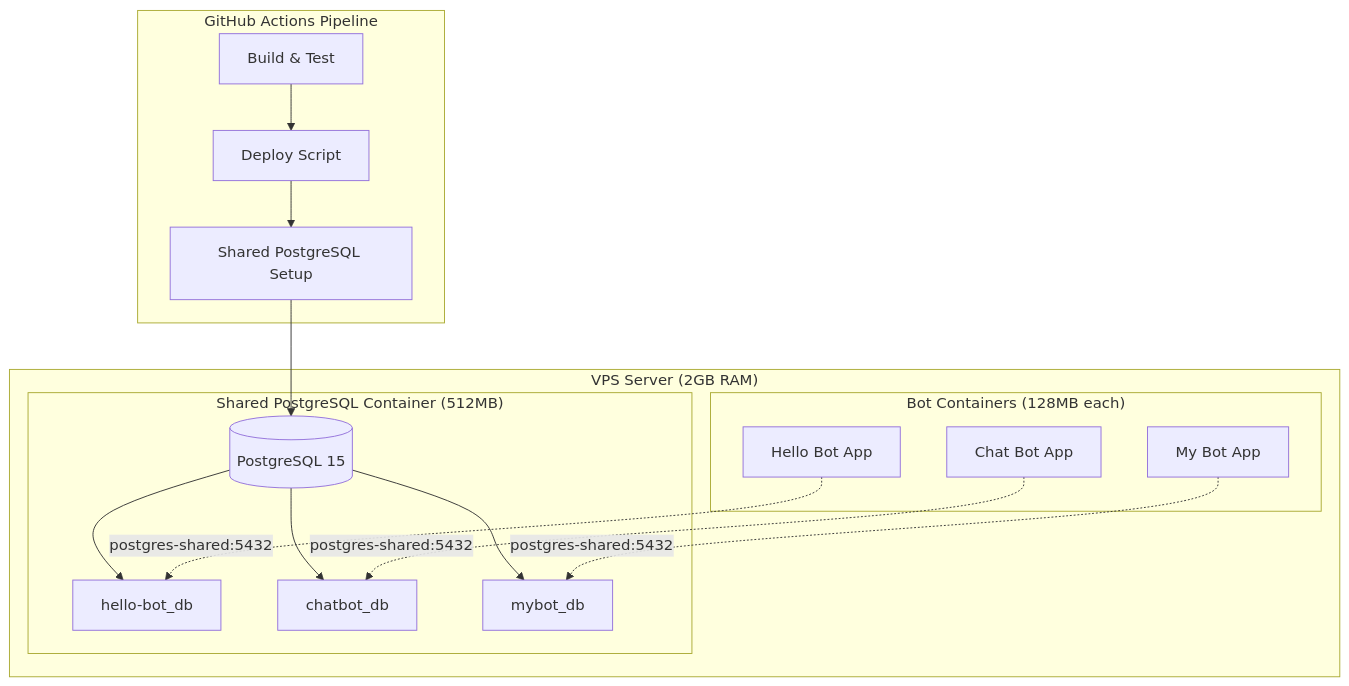
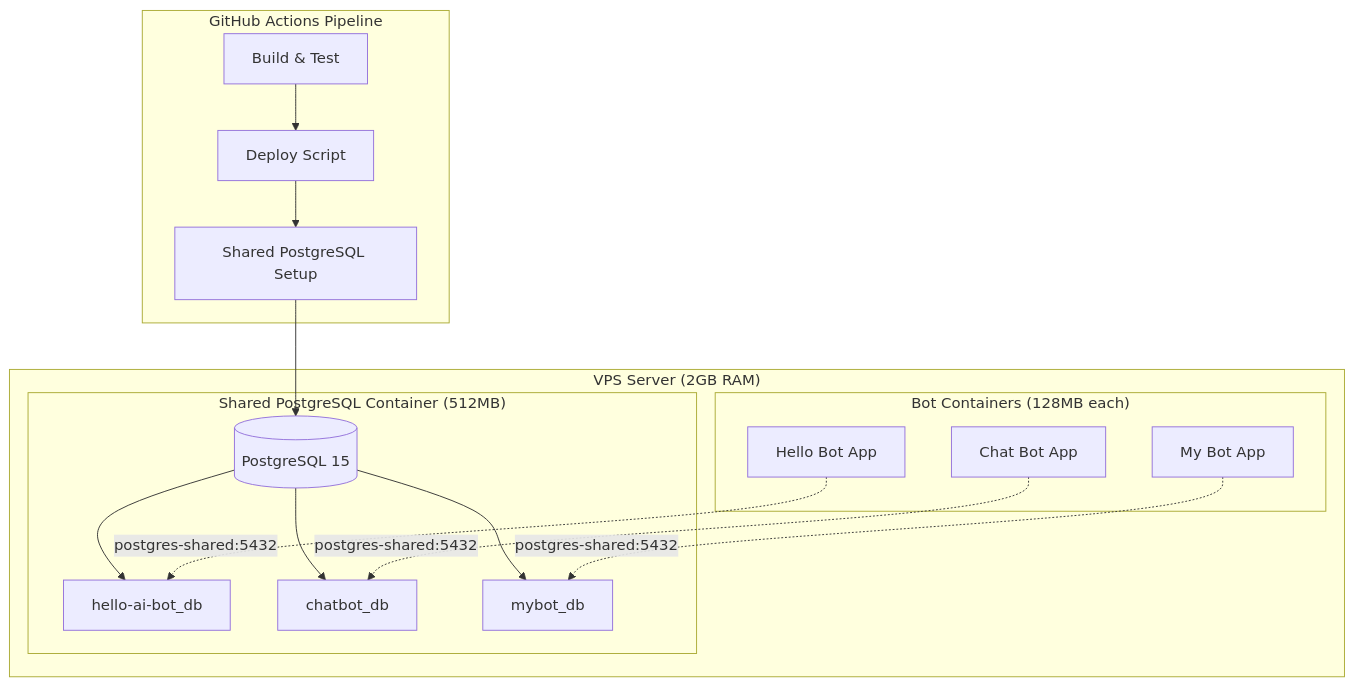
The second of 3 diagrams in docs/ARCHITECTURE.md (ivan-hilckov/hello-ai-bot), drawn with Mermaid before and after one commit. The commit also changed other lines of this file and 13 other files, not shown here.

First line of the commit message:
refactor: rename all hello-bot references to hello-ai-bot

````diff
--- a/docs/ARCHITECTURE.md
+++ b/docs/ARCHITECTURE.md
@@ -61,36 +61,36 @@
 ```mermaid
 graph TB
     subgraph "VPS Server (2GB RAM)"
         subgraph "Shared PostgreSQL Container (512MB)"
             DB[(PostgreSQL 15)]
-            DB1[hello-bot_db]
+            DB1[hello-ai-bot_db]
             DB2[chatbot_db] 
             DB3[mybot_db]
             
             DB --> DB1
             DB --> DB2
             DB --> DB3
         end
         
         subgraph "Bot Containers (128MB each)"
             BOT1[Hello Bot App]
             BOT2[Chat Bot App]
             BOT3[My Bot App]
         end
         
         BOT1 -.->|postgres-shared:5432| DB1
         BOT2 -.->|postgres-shared:5432| DB2
         BOT3 -.->|postgres-shared:5432| DB3
     end
     
     subgraph "GitHub Actions Pipeline"
         BUILD[Build & Test]
         DEPLOY[Deploy Script]
         SHARED[Shared PostgreSQL Setup]
         
         BUILD --> DEPLOY
         DEPLOY --> SHARED
     end
     
     SHARED --> DB
 ```
````
